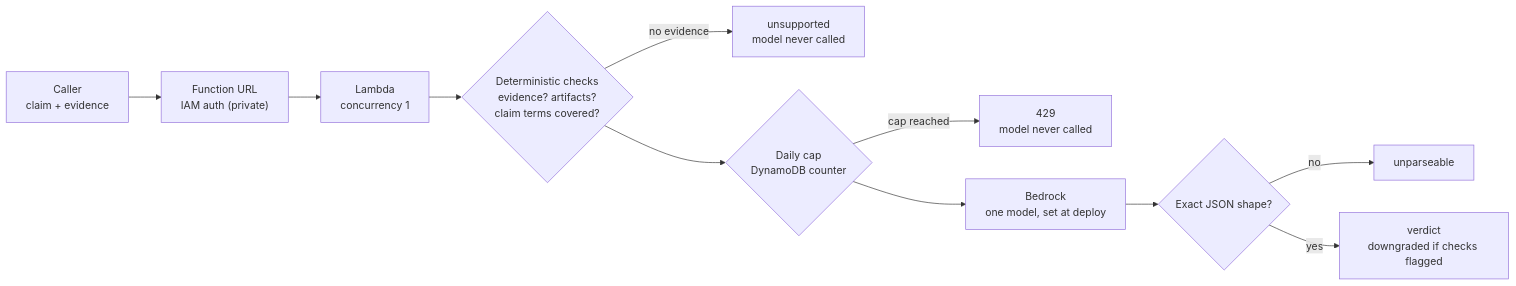
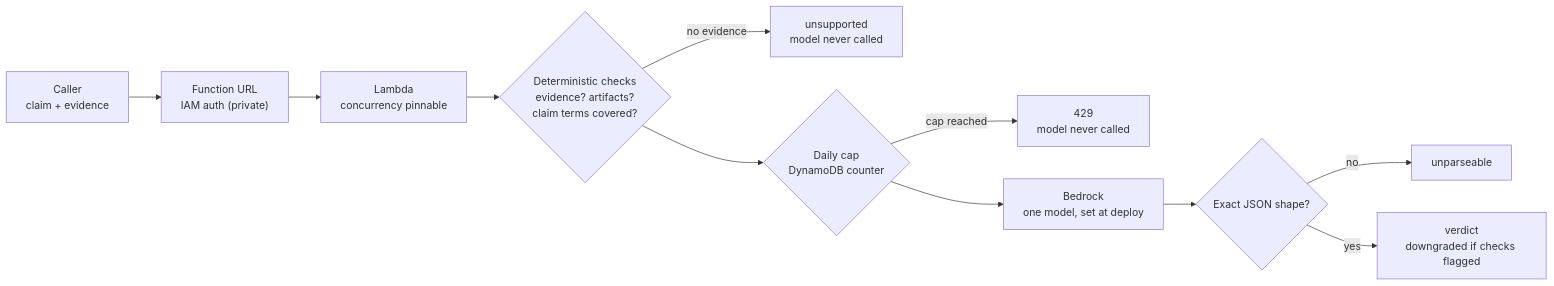
One commit to cloudlabworks/bedrock-done-claim-checker changed the diagram in README.md. Above: the diagram before and after it, drawn with Mermaid. The commit also changed other lines of this file and 2 other files, not shown here.

Commit message:
Make concurrency pin optional: new AWS accounts (limit 10, all unreserved) reject ReservedConcurrentExecutions; found on first live deploy

````diff
--- a/README.md
+++ b/README.md
@@ -18,13 +18,13 @@
 ```mermaid
 flowchart LR
   C["Caller<br/>claim + evidence"] --> U["Function URL<br/>IAM auth (private)"]
-  U --> L["Lambda<br/>concurrency 1"]
+  U --> L["Lambda<br/>concurrency pinnable"]
   L --> D{"Deterministic checks<br/>evidence? artifacts?<br/>claim terms covered?"}
   D -->|no evidence| X["unsupported<br/>model never called"]
   D --> B{"Daily cap<br/>DynamoDB counter"}
   B -->|cap reached| R["429<br/>model never called"]
   B --> M["Bedrock<br/>one model, set at deploy"]
   M --> P{"Exact JSON shape?"}
   P -->|no| N["unparseable"]
   P -->|yes| V["verdict<br/>downgraded if checks flagged"]
 ```
````
